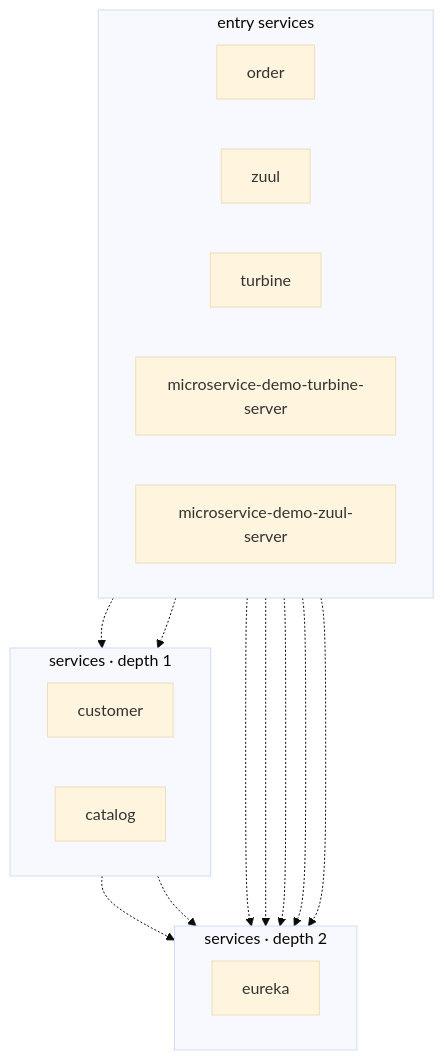
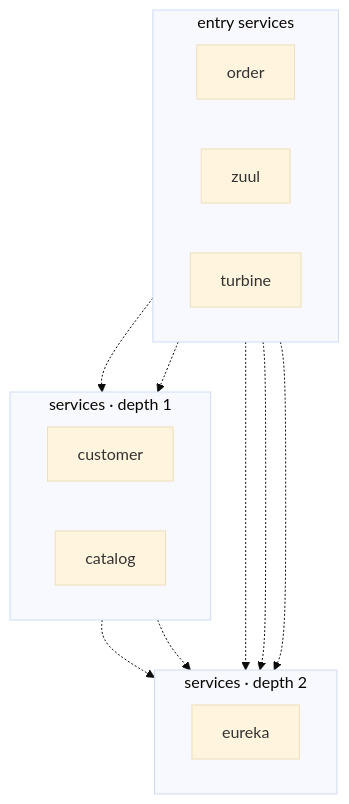
The diagram in docs/generalization/external/microservices-book.summary.md (ANYuu531/ChatOps4Msa-Pipeline), drawn with Mermaid (base theme) before and after one commit. The commit also changed other lines of this file and 105 other files, not shown here.

````diff
--- a/docs/generalization/external/microservices-book.summary.md
+++ b/docs/generalization/external/microservices-book.summary.md
@@ -48,33 +46,29 @@
 ```mermaid
 flowchart TB
 %% DepWeaver — microservice dependency graph
 %% solid arrow = observed at runtime (Istio) · dashed = declared in code/doc only
 %% node shape: [service] ([gateway]) [(db)] {{queue}} [/external/]
   subgraph layer0 ["entry services"]
     direction LR
     order["order"]
     zuul["zuul"]
     turbine["turbine"]
-    microservice_demo_turbine_server["microservice-demo-turbine-server"]
-    microservice_demo_zuul_server["microservice-demo-zuul-server"]
   end
   subgraph layer1 ["services · depth 1"]
     direction LR
     customer["customer"]
     catalog["catalog"]
   end
   subgraph layer2 ["services · depth 2"]
     direction LR
     eureka["eureka"]
   end
   order -.-> catalog
   order -.-> customer
   customer -.-> eureka
   catalog -.-> eureka
   order -.-> eureka
   zuul -.-> eureka
   turbine -.-> eureka
-  microservice_demo_turbine_server -.-> eureka
-  microservice_demo_zuul_server -.-> eureka
 
 ```
````
